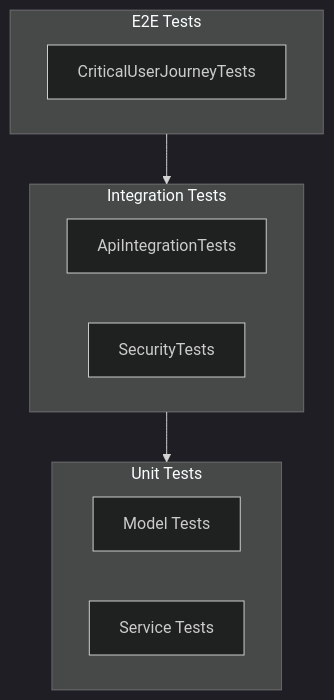
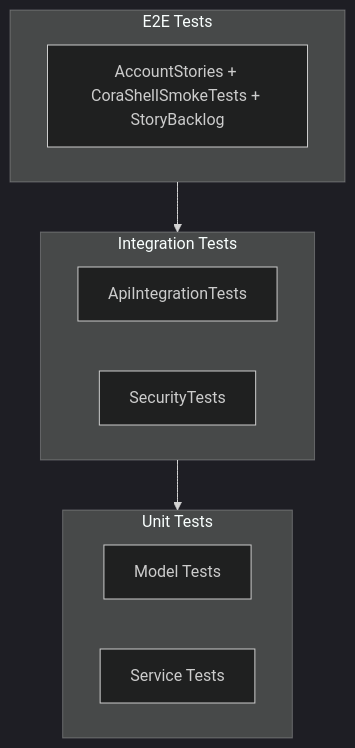
Before and after one commit to CB-st/CipherBank-App: the diagram in docs/tests/README.md, drawn with Mermaid (dark theme). The commit also changed other lines of this file and 80 other files, not shown here.

````diff
--- a/docs/tests/README.md
+++ b/docs/tests/README.md
@@ -7,16 +7,16 @@
 ```mermaid
 flowchart TB
     subgraph e2e [E2E Tests]
-        E2E[CriticalUserJourneyTests]
+        E2E[AccountStories + CoraShellSmokeTests + StoryBacklog]
     end
     subgraph integration [Integration Tests]
         API[ApiIntegrationTests]
         SEC[SecurityTests]
     end
     subgraph unit [Unit Tests]
         Models[Model Tests]
         Services[Service Tests]
     end
     e2e --> integration
     integration --> unit
 ```
````
